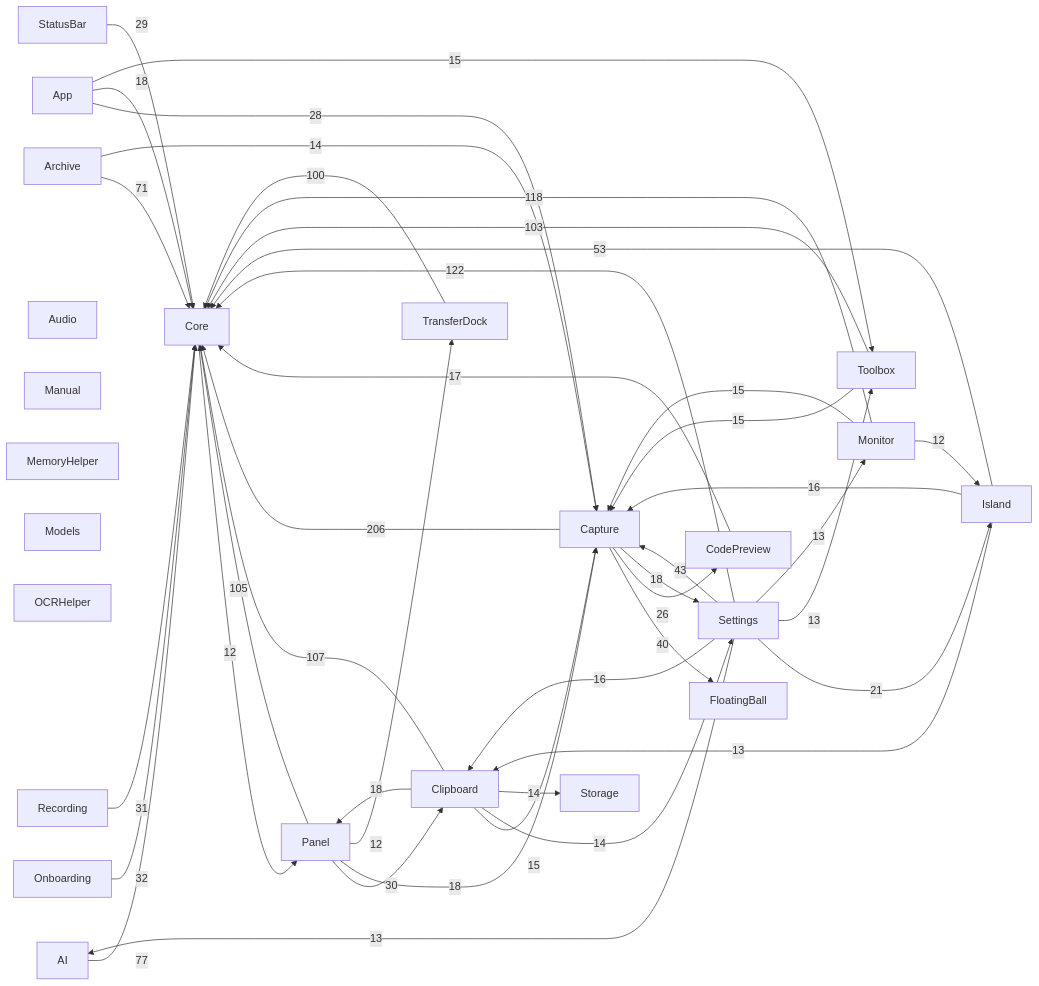
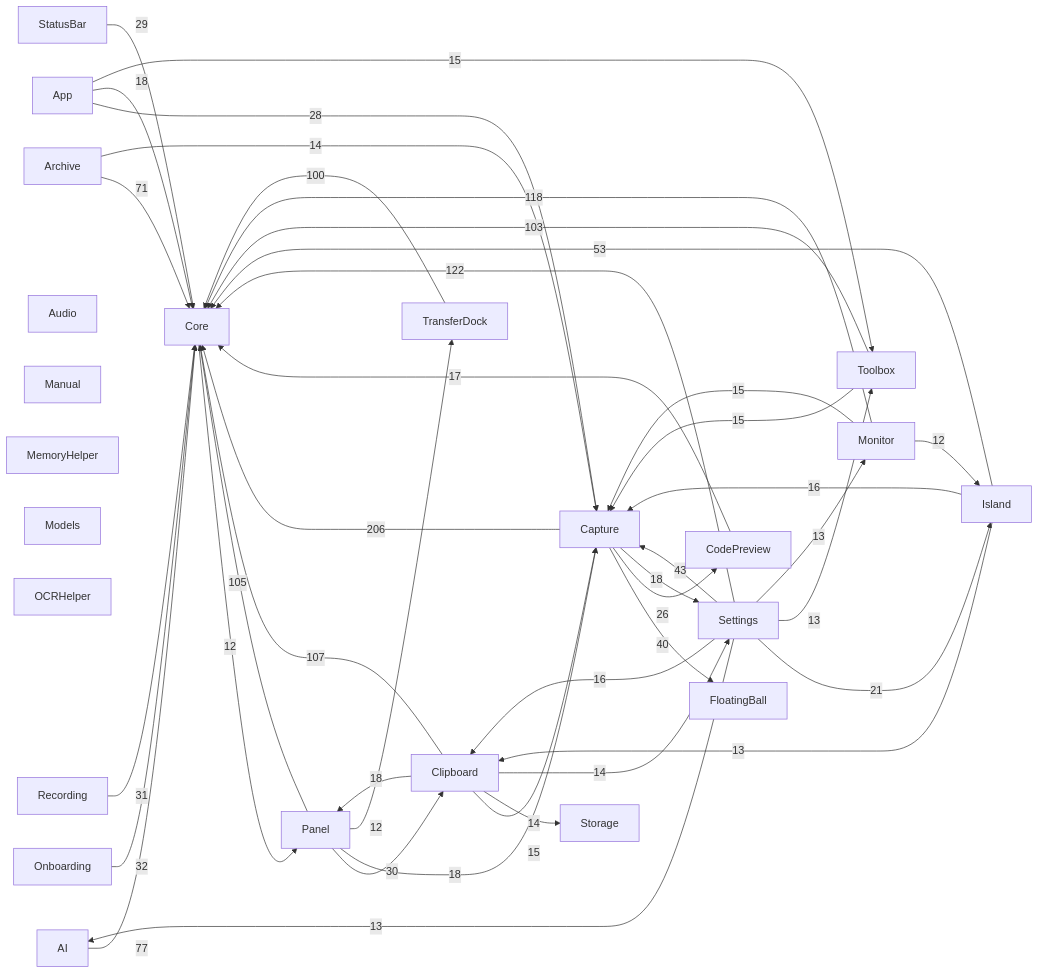
Before and after one commit to sxyq/Kitnest: the diagram in docs/00-总览/模块依赖图.md, drawn with Mermaid. The commit also changed other lines of this file and 4 other files, not shown here.

````diff
--- a/docs/00-总览/模块依赖图.md
+++ b/docs/00-总览/模块依赖图.md
@@ -37,66 +37,66 @@
 ```mermaid
 flowchart LR
   M0["AI"]
   M1["App"]
   M2["Archive"]
   M3["Audio"]
   M4["Capture"]
   M5["Clipboard"]
   M6["CodePreview"]
   M7["Core"]
   M8["FloatingBall"]
   M9["Island"]
   M10["Manual"]
   M11["MemoryHelper"]
   M12["Models"]
   M13["Monitor"]
   M14["OCRHelper"]
   M15["Onboarding"]
   M16["Panel"]
   M17["Recording"]
   M18["Settings"]
   M19["StatusBar"]
   M20["Storage"]
   M21["Toolbox"]
   M22["TransferDock"]
   M4 -->|206| M7
   M18 -->|122| M7
   M13 -->|118| M7
   M5 -->|107| M7
   M16 -->|105| M7
   M21 -->|103| M7
   M22 -->|100| M7
   M0 -->|77| M7
   M2 -->|71| M7
   M9 -->|53| M7
   M18 -->|43| M4
   M4 -->|40| M8
   M15 -->|32| M7
   M17 -->|31| M7
   M16 -->|30| M5
   M19 -->|29| M7
   M1 -->|28| M4
   M4 -->|26| M6
   M18 -->|21| M9
   M1 -->|18| M7
   M4 -->|18| M18
   M5 -->|18| M16
   M16 -->|18| M4
   M6 -->|17| M7
   M9 -->|16| M4
   M18 -->|16| M5
   M1 -->|15| M21
   M5 -->|15| M4
   M13 -->|15| M4
   M21 -->|15| M4
   M2 -->|14| M4
+  M5 -->|14| M20
   M5 -->|14| M18
-  M5 -->|14| M20
   M9 -->|13| M5
   M18 -->|13| M21
   M18 -->|13| M13
   M18 -->|13| M0
   M7 -->|12| M16
   M13 -->|12| M9
   M16 -->|12| M22
 ```
````
